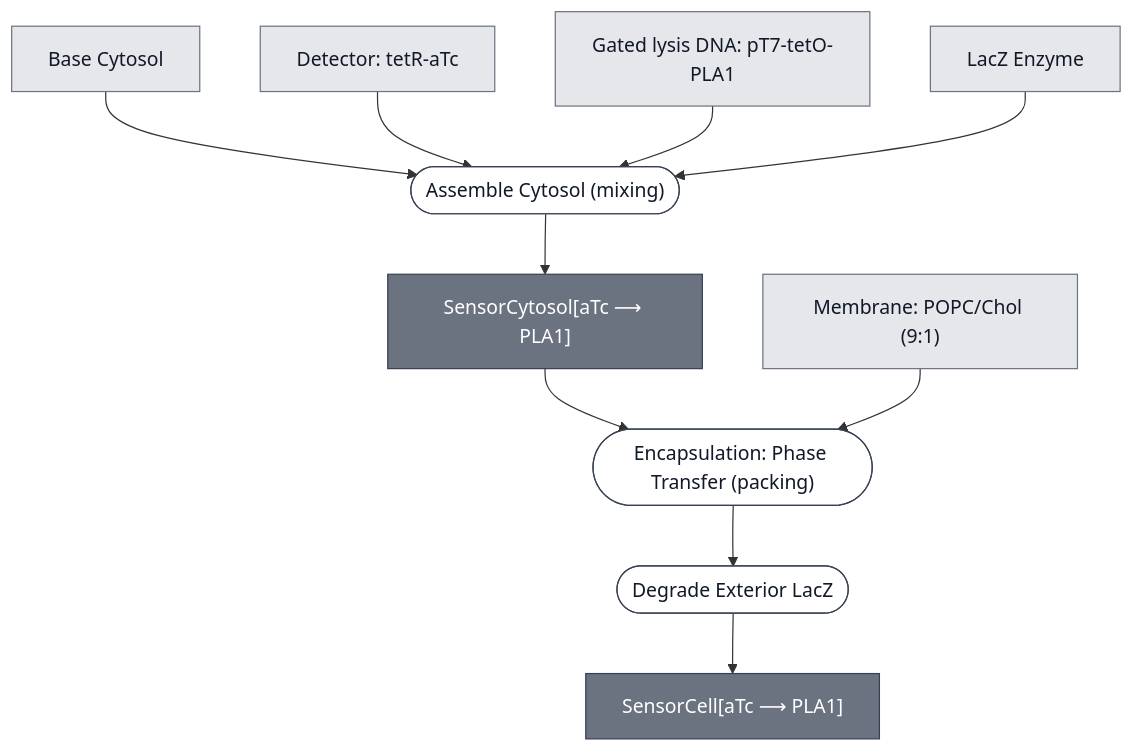
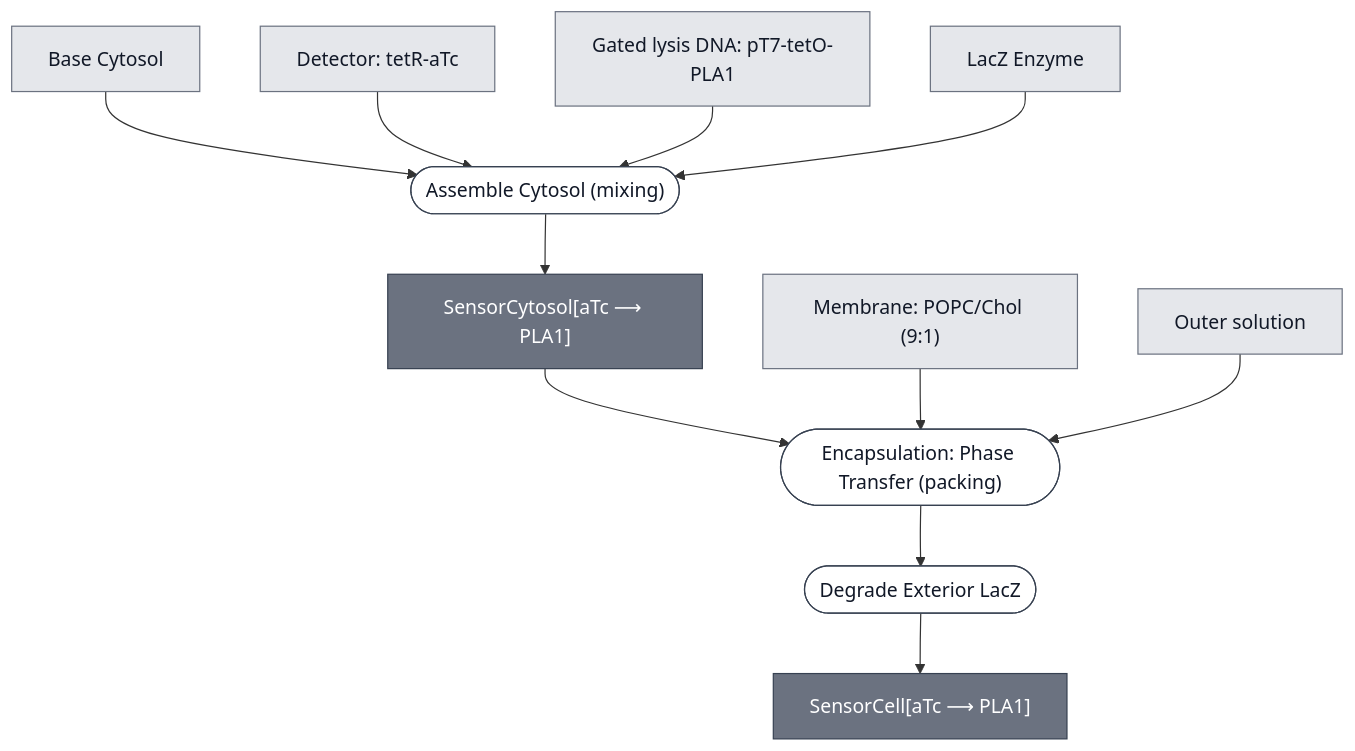
Before and after one commit to nucleus-eng/nucleus-docs: the diagram in docs/modules/atc-sensing-cell/spec.md, drawn with Mermaid. The commit also changed 41 other files, not shown here.

````diff
--- a/docs/modules/atc-sensing-cell/spec.md
+++ b/docs/modules/atc-sensing-cell/spec.md
@@ -37,43 +37,46 @@
 ```mermaid
 flowchart TD
+    OUTER_SOLUTION["Outer solution"]
     BASE_CYTOSOL["Base Cytosol"]
     DETECTOR_TETR_ATC["Detector: tetR-aTc"]
     EFFECTOR_PLA1_TETO["Gated lysis DNA: pT7-tetO-PLA1"]
     REPORTER_LACZ_ENZYME["LacZ Enzyme"]
     MEMBRANE_POPC_CHOL_9_1["Membrane: POPC/Chol (9:1)"]
 
     P1_ASSEMBLE_CYTOSOL_0(["Assemble Cytosol (mixing)"])
     ATC_SENSOR_CYTOSOL["SensorCytosol[aTc ⟶ PLA1]"]
     P2_ENCAPSULATE_0(["Encapsulation: Phase Transfer (packing)"])
     P2_ENCAPSULATE_1(["Degrade Exterior LacZ"])
     ATC_SENSING_CELL["SensorCell[aTc ⟶ PLA1]"]
 
     BASE_CYTOSOL --> P1_ASSEMBLE_CYTOSOL_0
     DETECTOR_TETR_ATC --> P1_ASSEMBLE_CYTOSOL_0
     EFFECTOR_PLA1_TETO --> P1_ASSEMBLE_CYTOSOL_0
     REPORTER_LACZ_ENZYME --> P1_ASSEMBLE_CYTOSOL_0
     P1_ASSEMBLE_CYTOSOL_0 --> ATC_SENSOR_CYTOSOL
 
     ATC_SENSOR_CYTOSOL --> P2_ENCAPSULATE_0
     MEMBRANE_POPC_CHOL_9_1 --> P2_ENCAPSULATE_0
+    OUTER_SOLUTION --> P2_ENCAPSULATE_0
     P2_ENCAPSULATE_0 --> P2_ENCAPSULATE_1
     P2_ENCAPSULATE_1 --> ATC_SENSING_CELL
 
 
     classDef leaf     fill:#e5e7eb,stroke:#6b7280,color:#111827;
     classDef composed fill:#6b7280,stroke:#374151,color:#ffffff;
     classDef process  fill:#ffffff,stroke:#374151,color:#111827;
-    class BASE_CYTOSOL,DETECTOR_TETR_ATC,EFFECTOR_PLA1_TETO,REPORTER_LACZ_ENZYME,MEMBRANE_POPC_CHOL_9_1 leaf;
+    class OUTER_SOLUTION,BASE_CYTOSOL,DETECTOR_TETR_ATC,EFFECTOR_PLA1_TETO,REPORTER_LACZ_ENZYME,MEMBRANE_POPC_CHOL_9_1 leaf;
     class ATC_SENSOR_CYTOSOL,ATC_SENSING_CELL composed;
     class P1_ASSEMBLE_CYTOSOL_0,P2_ENCAPSULATE_0,P2_ENCAPSULATE_1 process;
 
+    click OUTER_SOLUTION "/docs/modules/outer-solution/spec"
     click BASE_CYTOSOL "/docs/modules/base-cytosol/spec"
     click DETECTOR_TETR_ATC "/docs/modules/detector-tetr-atc/spec"
     click REPORTER_LACZ_ENZYME "/docs/modules/reporter-lacz-enzyme/spec"
     click MEMBRANE_POPC_CHOL_9_1 "/docs/modules/membrane-popc-chol-9-1/spec"
     click P1_ASSEMBLE_CYTOSOL_0 "/docs/processes/assemble-cytosol/assemble-cytosol-main"
     click ATC_SENSOR_CYTOSOL "/docs/modules/atc-sensor-cytosol/spec"
     click P2_ENCAPSULATE_0 "/docs/processes/assemble-base-cell/main"
     click P2_ENCAPSULATE_1 "/docs/processes/degrade-exterior-lacz/main"
     click ATC_SENSING_CELL "/docs/modules/atc-sensing-cell/spec"
 ```
````
